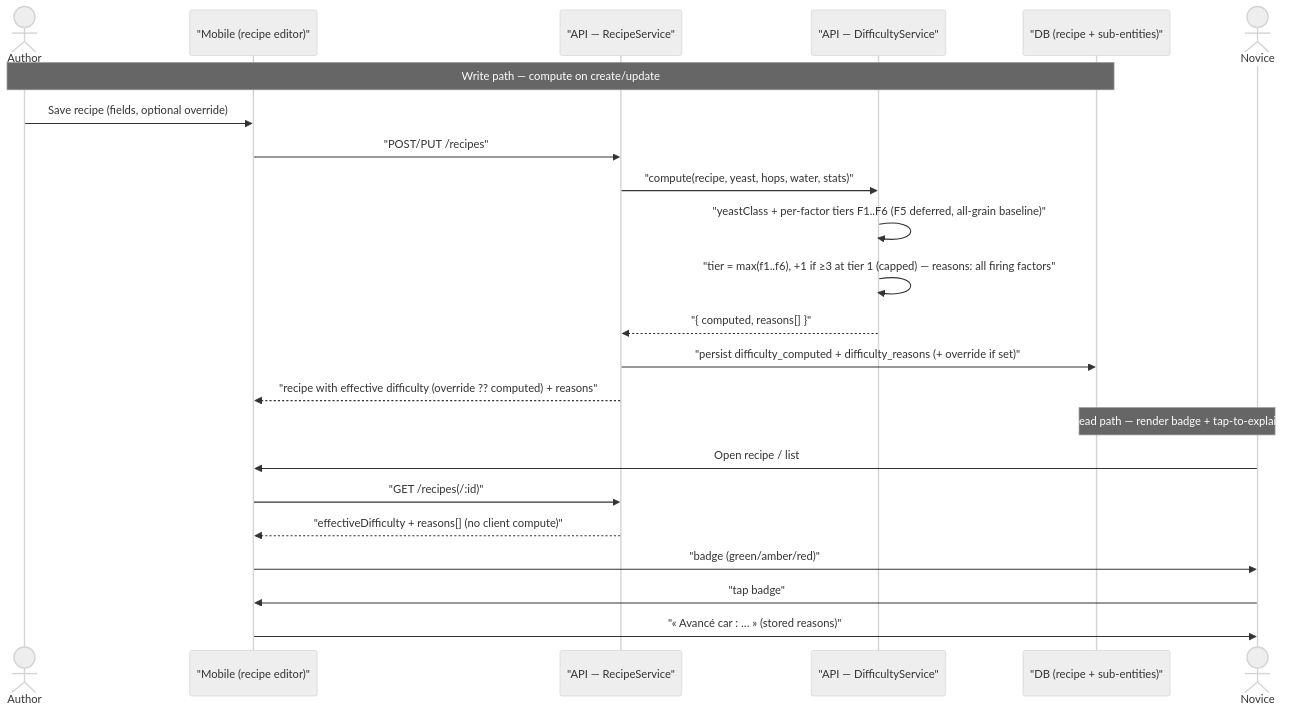
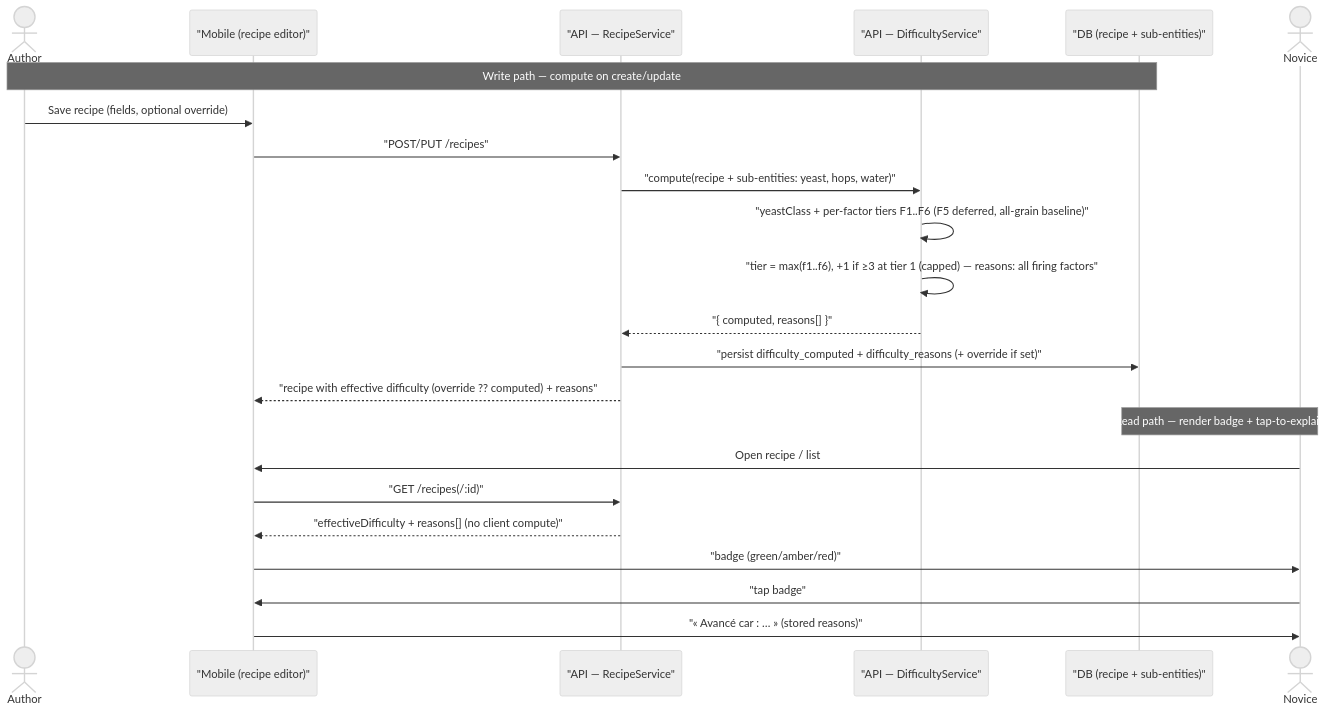
The diagram in docs/architecture/diagrams/recipe-difficulty/02-sequence-compute.md (benoit-bremaud/brasse-bouillon), drawn with Mermaid (neutral theme) before and after one commit. The commit also changed 4 other files, not shown here.

Commit message:
docs(recipe-difficulty): address Copilot review (RecipeYeast 0..*, DifficultyResult, drop stats arg, stable reasons order, disambiguate « Vue »)

````diff
--- a/docs/architecture/diagrams/recipe-difficulty/02-sequence-compute.md
+++ b/docs/architecture/diagrams/recipe-difficulty/02-sequence-compute.md
@@ -18,27 +18,27 @@
 ```mermaid
 sequenceDiagram
   actor Author as Author
   participant M as "Mobile (recipe editor)"
   participant API as "API — RecipeService"
   participant DS as "API — DifficultyService"
   participant DB as "DB (recipe + sub-entities)"
   actor Novice
 
   Note over Author,DB: Write path — compute on create/update
   Author->>M: Save recipe (fields, optional override)
   M->>API: "POST/PUT /recipes"
-  API->>DS: "compute(recipe, yeast, hops, water, stats)"
+  API->>DS: "compute(recipe + sub-entities: yeast, hops, water)"
   DS->>DS: "yeastClass + per-factor tiers F1..F6 (F5 deferred, all-grain baseline)"
   DS->>DS: "tier = max(f1..f6), +1 if ≥3 at tier 1 (capped) — reasons: all firing factors"
   DS-->>API: "{ computed, reasons[] }"
   API->>DB: "persist difficulty_computed + difficulty_reasons (+ override if set)"
   API-->>M: "recipe with effective difficulty (override ?? computed) + reasons"
 
   Note over Novice,DB: Read path — render badge + tap-to-explain
   Novice->>M: Open recipe / list
   M->>API: "GET /recipes(/:id)"
   API-->>M: "effectiveDifficulty + reasons[] (no client compute)"
   M->>Novice: "badge (green/amber/red)"
   Novice->>M: "tap badge"
   M->>Novice: "« Avancé car : … » (stored reasons)"
 ```
````
